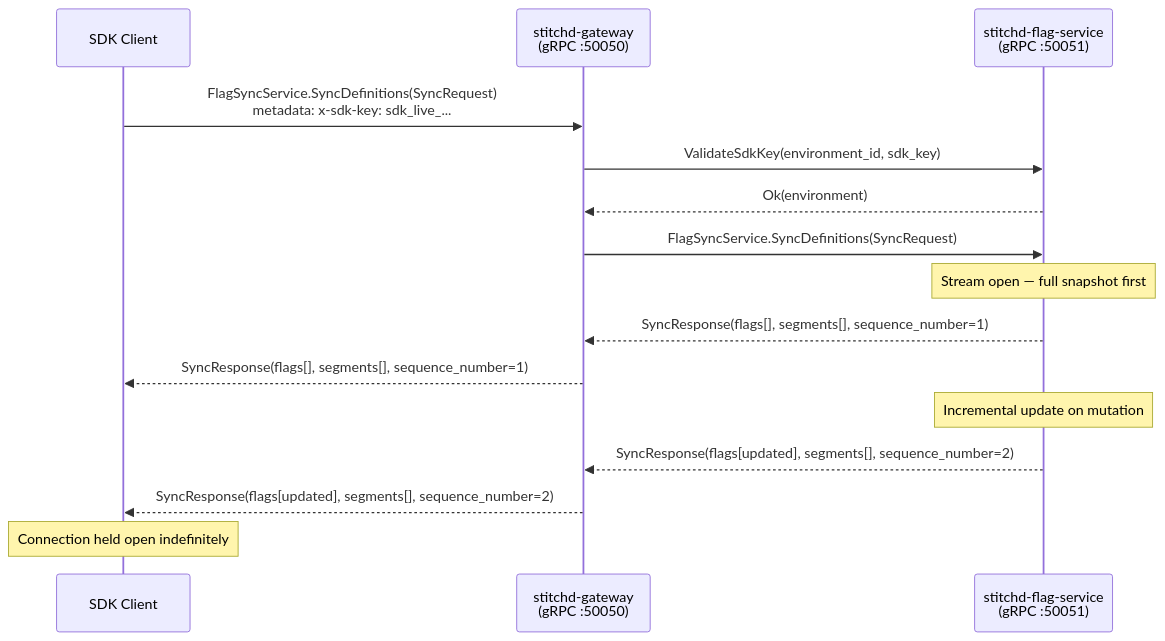
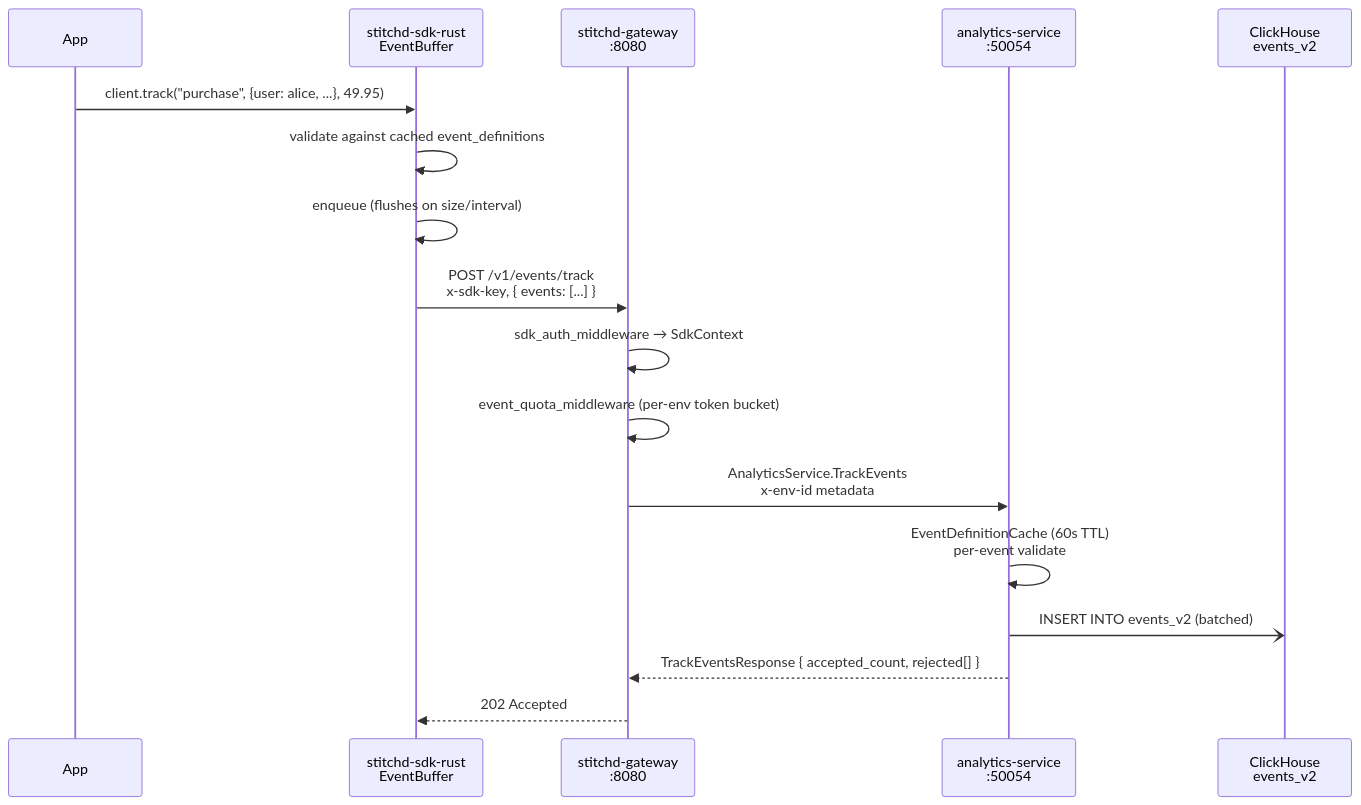
The fourth of 10 diagrams in docs/src/architecture/service-flows.md (stitchd-dev/feature-flag), drawn with Mermaid before and after one commit. The commit also changed other lines of this file and 24 other files, not shown here.

````diff
--- a/docs/src/architecture/service-flows.md
+++ b/docs/src/architecture/service-flows.md
@@ -56,22 +124,21 @@
 ```mermaid
 sequenceDiagram
-    participant SDK as SDK Client
-    participant GW as stitchd-gateway<br/>(gRPC :50050)
-    participant FS as stitchd-flag-service<br/>(gRPC :50051)
+    participant App
+    participant SDK as stitchd-sdk-rust<br/>EventBuffer
+    participant GW as stitchd-gateway<br/>:8080
+    participant ANL as analytics-service<br/>:50054
+    participant CH as ClickHouse<br/>events_v2
 
-    SDK->>GW: FlagSyncService.SyncDefinitions(SyncRequest)<br/>metadata: x-sdk-key: sdk_live_...
-    GW->>FS: ValidateSdkKey(environment_id, sdk_key)
-    FS-->>GW: Ok(environment)
+    App->>SDK: client.track("purchase", {user: alice, ...}, 49.95)
+    SDK->>SDK: validate against cached event_definitions
+    SDK->>SDK: enqueue (flushes on size/interval)
 
-    GW->>FS: FlagSyncService.SyncDefinitions(SyncRequest)
-
-    Note over FS: Stream open — full snapshot first
-    FS-->>GW: SyncResponse(flags[], segments[], sequence_number=1)
-    GW-->>SDK: SyncResponse(flags[], segments[], sequence_number=1)
-
-    Note over FS: Incremental update on mutation
-    FS-->>GW: SyncResponse(flags[updated], segments[], sequence_number=2)
-    GW-->>SDK: SyncResponse(flags[updated], segments[], sequence_number=2)
-
-    Note over SDK: Connection held open indefinitely
+    SDK->>GW: POST /v1/events/track<br/>x-sdk-key, { events: [...] }
+    GW->>GW: sdk_auth_middleware → SdkContext
+    GW->>GW: event_quota_middleware (per-env token bucket)
+    GW->>ANL: AnalyticsService.TrackEvents<br/>x-env-id metadata
+    ANL->>ANL: EventDefinitionCache (60s TTL)<br/>per-event validate
+    ANL-)CH: INSERT INTO events_v2 (batched)
+    ANL-->>GW: TrackEventsResponse { accepted_count, rejected[] }
+    GW-->>SDK: 202 Accepted
 ```
````
